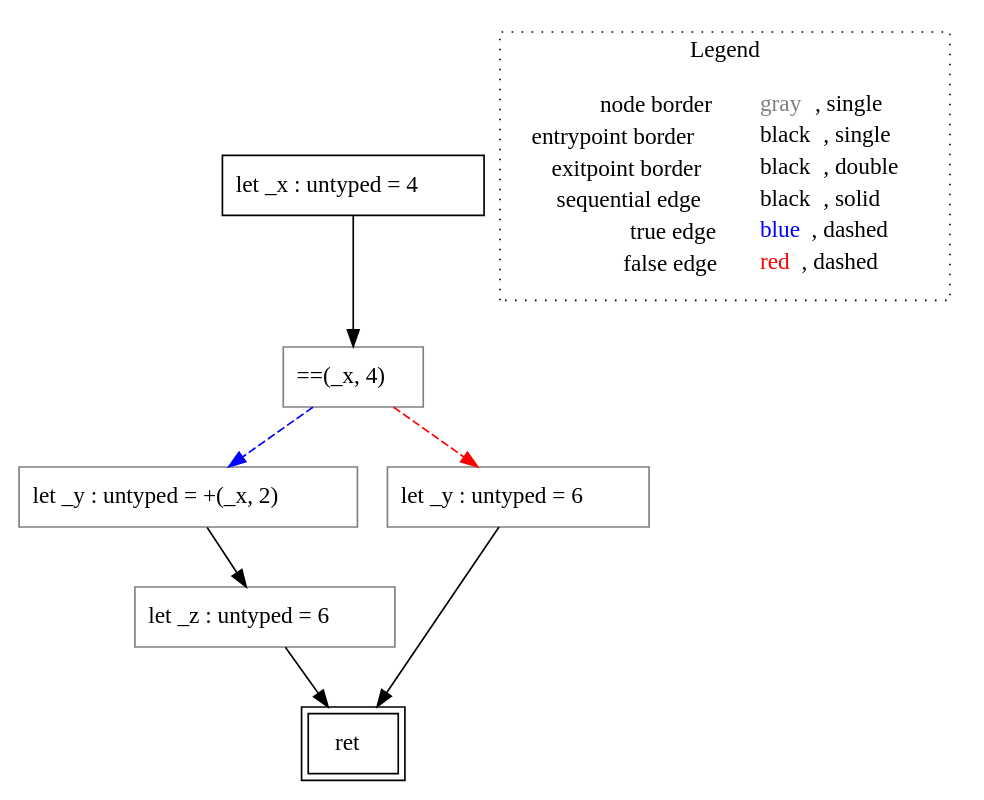
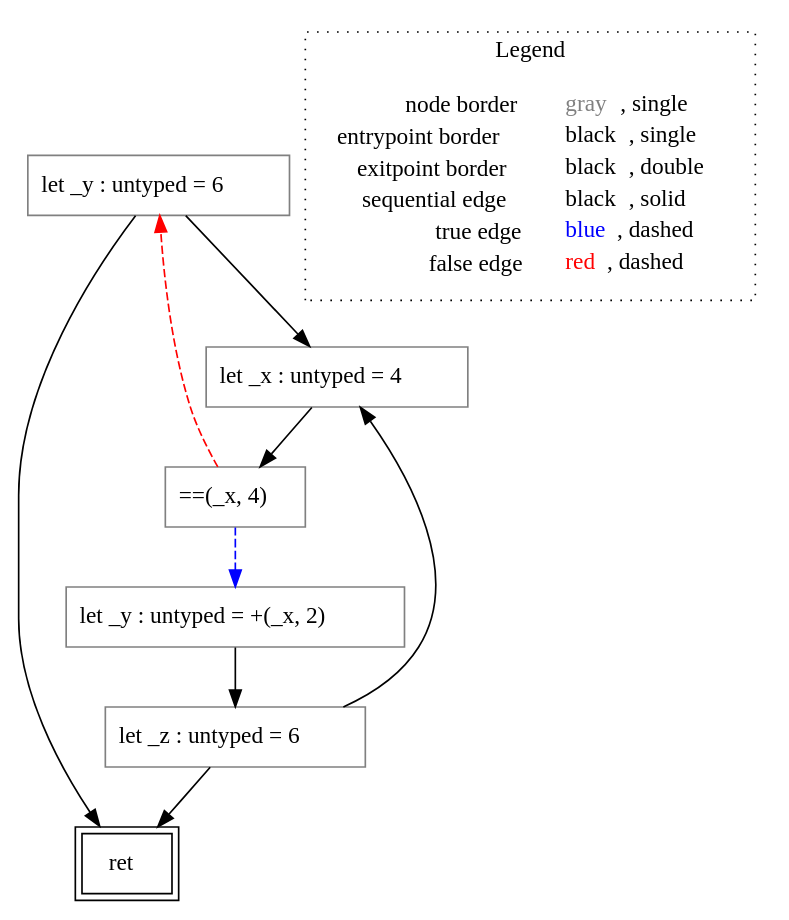
Before and after one commit to VincenzoArceri/rust-lisa: the diagram in rust-lisa/rust-testcases/cfg/return-void/()_rust-testcases_cfg_return-void_return-void.rs.func3().dot, drawn with Graphviz. The commit also changed 14 other files, not shown here.

```diff
--- a/rust-lisa/rust-testcases/cfg/return-void/()_rust-testcases_cfg_return-void_return-void.rs.func3().dot
+++ b/rust-lisa/rust-testcases/cfg/return-void/()_rust-testcases_cfg_return-void_return-void.rs.func3().dot
@@ -1,21 +1,23 @@
 digraph {
-	"node0" [shape="rect",color="black",label=<let _x : untyped = 4>];
-	"node1" [shape="rect",color="black",peripheries="2",label=<ret>];
+	"node0" [shape="rect",color="black",peripheries="2",label=<ret>];
+	"node1" [shape="rect",color="gray",label=<let _x : untyped = 4>];
 	"node2" [shape="rect",color="gray",label=<==(_x, 4)>];
 	"node3" [shape="rect",color="gray",label=<let _y : untyped = +(_x, 2)>];
 	"node4" [shape="rect",color="gray",label=<let _y : untyped = 6>];
 	"node5" [shape="rect",color="gray",label=<let _z : untyped = 6>];
-	"node0" -> "node2" [color="black"];
+	"node1" -> "node2" [color="black"];
 	"node2" -> "node3" [color="blue",style="dashed"];
 	"node2" -> "node4" [color="red",style="dashed"];
 	"node3" -> "node5" [color="black"];
+	"node4" -> "node0" [color="black"];
 	"node4" -> "node1" [color="black"];
+	"node5" -> "node0" [color="black"];
 	"node5" -> "node1" [color="black"];
 subgraph cluster_legend {
 	label="Legend";
 	style=dotted;
 	node [shape=plaintext];
 	"legend" [label=<<table border="0" cellpadding="2" cellspacing="0" cellborder="0"><tr><td align="right">node border&nbsp;</td><td align="left"><font color="gray">gray</font>, single</td></tr><tr><td align="right">entrypoint border&nbsp;</td><td align="left"><font color="black">black</font>, single</td></tr><tr><td align="right">exitpoint border&nbsp;</td><td align="left"><font color="black">black</font>, double</td></tr><tr><td align="right">sequential edge&nbsp;</td><td align="left"><font color="black">black</font>, solid</td></tr><tr><td align="right">true edge&nbsp;</td><td align="left"><font color="blue">blue</font>, dashed</td></tr><tr><td align="right">false edge&nbsp;</td><td align="left"><font color="red">red</font>, dashed</td></tr></table>>];
 }
 
 }
```
